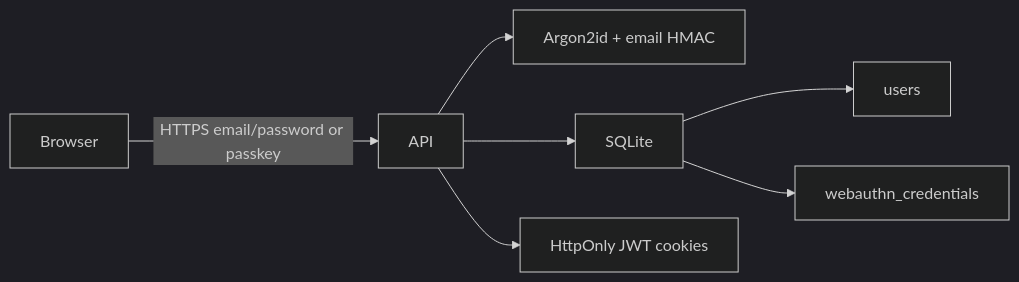
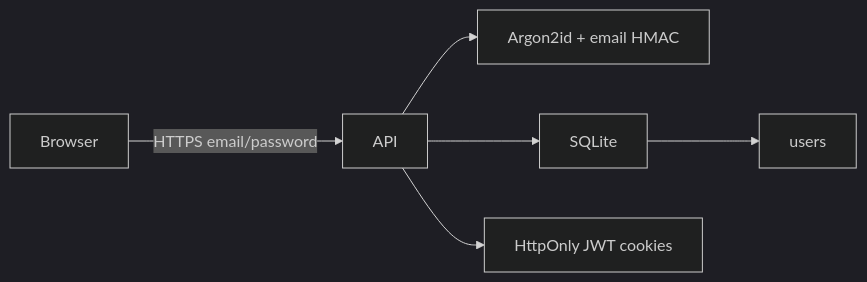
Before and after one commit to out-stan-ding-qa/foodpocalypse: the diagram in docs/backend-design.md, drawn with Mermaid (dark theme). The commit also changed other lines of this file and 49 other files, not shown here.

Commit message:
Align the app to the glossary: Email/Password only, Listing/Store, Rating vs Recommendation, tests, and local vs production config.

````diff
--- a/docs/backend-design.md
+++ b/docs/backend-design.md
@@ -36,9 +36,8 @@
 ```mermaid
 flowchart LR
-  Browser -->|"HTTPS email/password or passkey"| API
+  Browser -->|"HTTPS email/password"| API
   API --> Hash["Argon2id + email HMAC"]
   API --> DB["SQLite"]
   API --> Cookie["HttpOnly JWT cookies"]
   DB --> Users["users"]
-  DB --> Passkeys["webauthn_credentials"]
 ```
````
